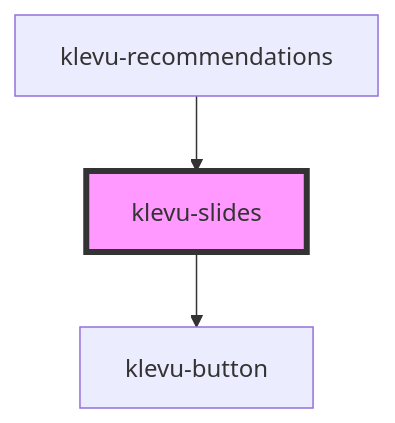
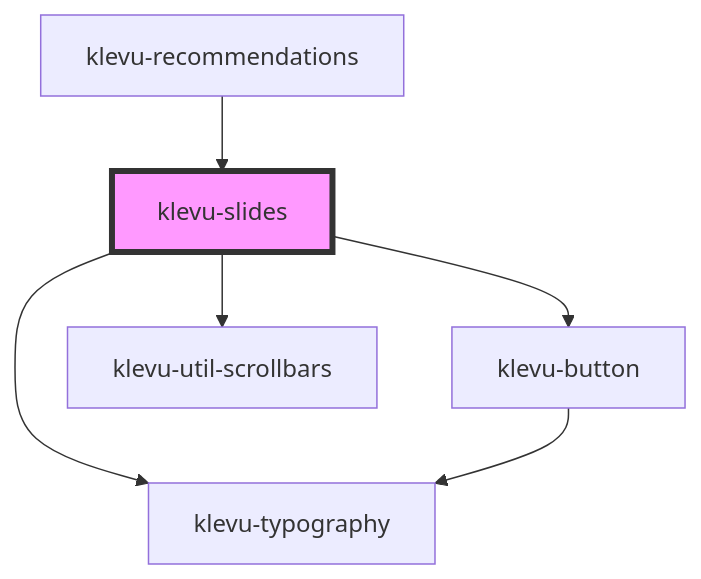
One commit to klevultd/frontend-sdk changed the diagram in packages/klevu-ui/src/components/klevu-slides/readme.md. Above: the diagram before and after it, drawn with Mermaid. The commit also changed other lines of this file and 199 other files, not shown here.

````diff
--- a/packages/klevu-ui/src/components/klevu-slides/readme.md
+++ b/packages/klevu-ui/src/components/klevu-slides/readme.md
@@ -26,6 +32,9 @@
 ```mermaid
 graph TD;
+  klevu-slides --> klevu-typography
   klevu-slides --> klevu-button
+  klevu-slides --> klevu-util-scrollbars
+  klevu-button --> klevu-typography
   klevu-recommendations --> klevu-slides
   style klevu-slides fill:#f9f,stroke:#333,stroke-width:4px
 ```
````
